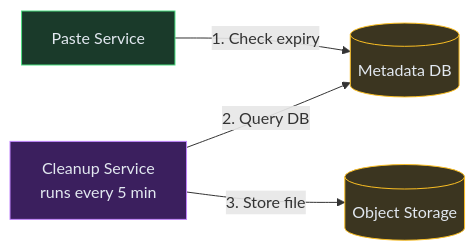
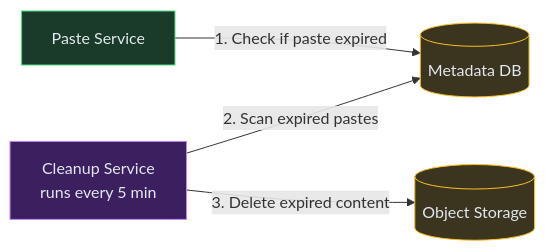
The fourth of 7 diagrams in content/hld/Pastebin.md (iluzn/HLD-Designs), drawn with Mermaid before and after one commit. The commit also changed other lines of this file and 27 other files, not shown here.

````diff
--- a/content/hld/Pastebin.md
+++ b/content/hld/Pastebin.md
@@ -241,15 +241,15 @@
 ```mermaid
 flowchart LR
     API["Paste Service"]:::service
     META[("Metadata DB")]:::data
     S3[("Object Storage")]:::data
     CRON["Cleanup Service<br/>runs every 5 min"]:::async
 
-    API -->|"1. Check expiry"| META
-    CRON -->|"2. Query DB"| META
-    CRON -->|"3. Store file"| S3
+    API -->|"1. Check if paste expired"| META
+    CRON -->|"2. Scan expired pastes"| META
+    CRON -->|"3. Delete expired content"| S3
 
     classDef service fill:#1a3a2a,stroke:#4ade80,color:#e2e8f0
     classDef data fill:#3b3520,stroke:#fbbf24,color:#e2e8f0
     classDef async fill:#3b1f5e,stroke:#c084fc,color:#e2e8f0
 ```
````
